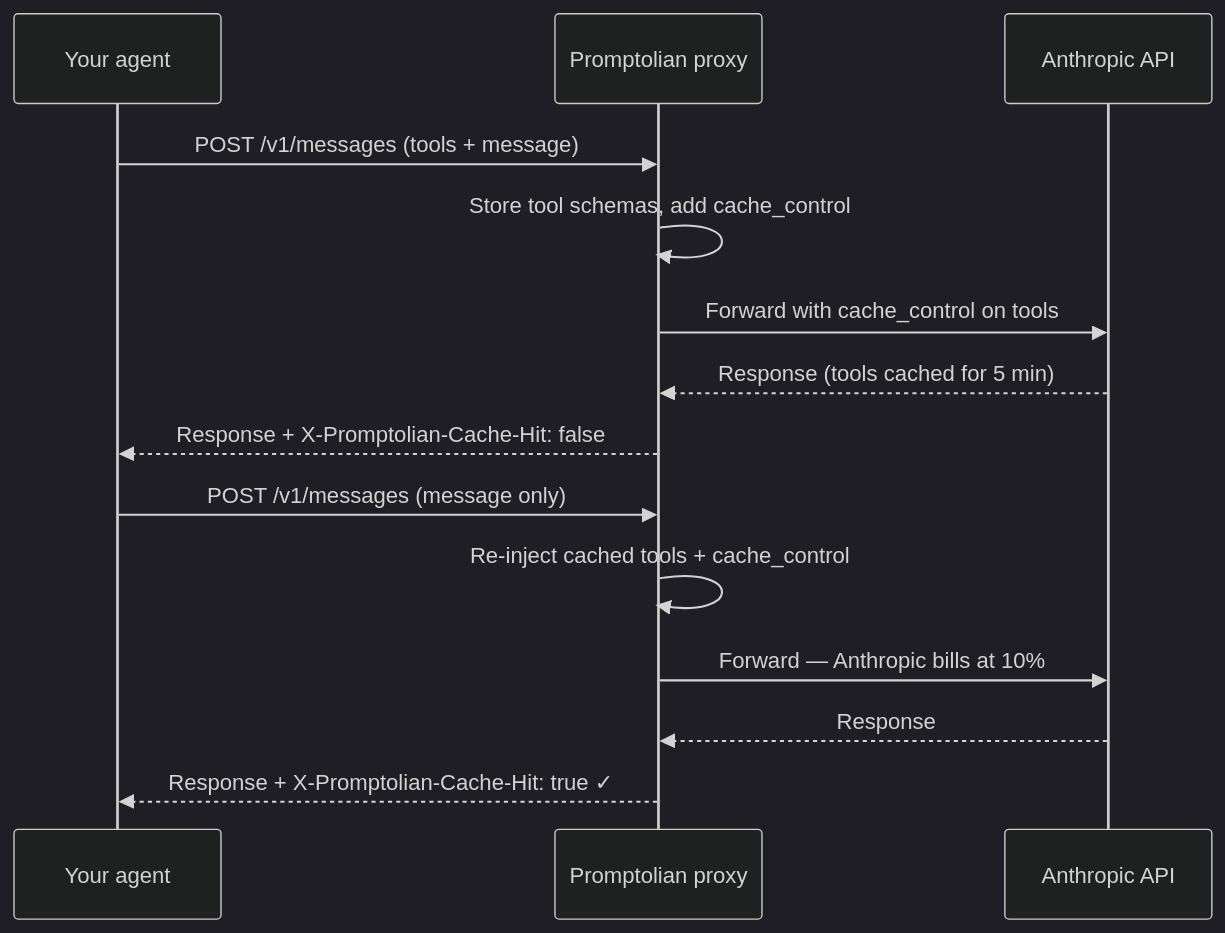
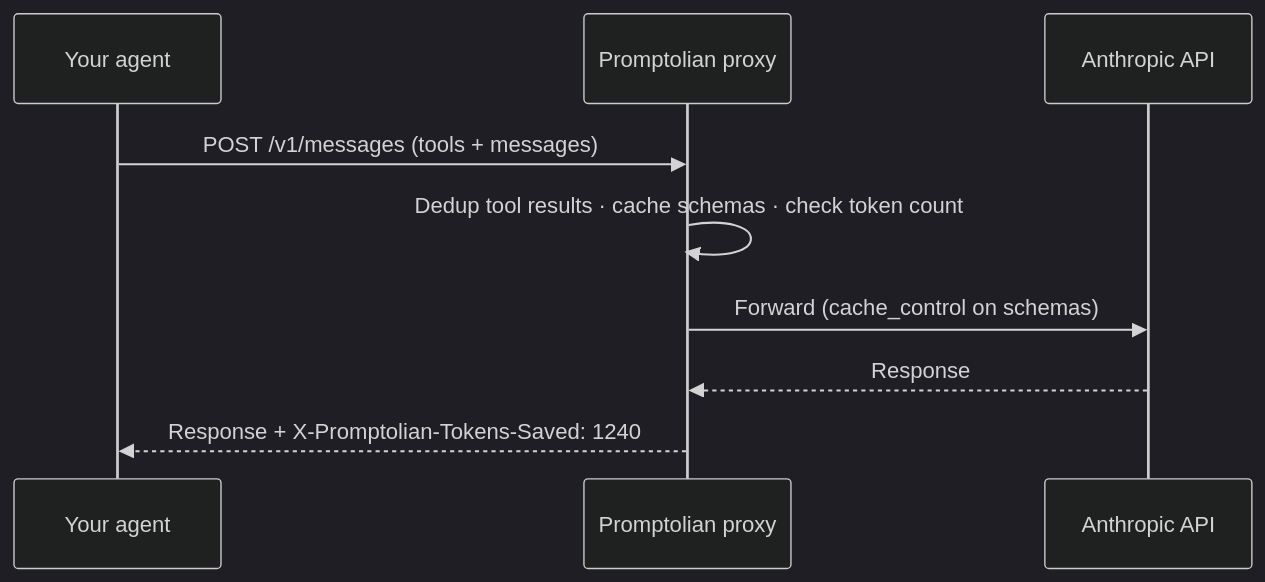
Before and after one commit to Maurizio-L/promptolian-public: the diagram in README.md, drawn with Mermaid (dark theme). The commit also changed other lines of this file, not shown here.

````diff
--- a/README.md
+++ b/README.md
@@ -29,18 +28,12 @@
 ```mermaid
 sequenceDiagram
     participant A as Your agent
     participant P as Promptolian proxy
     participant C as Anthropic API
 
-    A->>P: POST /v1/messages (tools + message)
-    P->>P: Store tool schemas, add cache_control
-    P->>C: Forward with cache_control on tools
-    C-->>P: Response (tools cached for 5 min)
-    P-->>A: Response + X-Promptolian-Cache-Hit: false
-
-    A->>P: POST /v1/messages (message only)
-    P->>P: Re-inject cached tools + cache_control
-    P->>C: Forward — Anthropic bills at 10%
+    A->>P: POST /v1/messages (tools + messages)
+    P->>P: Dedup tool results · cache schemas · check token count
+    P->>C: Forward (cache_control on schemas)
     C-->>P: Response
-    P-->>A: Response + X-Promptolian-Cache-Hit: true ✓
+    P-->>A: Response + X-Promptolian-Tokens-Saved: 1240
 ```
````
